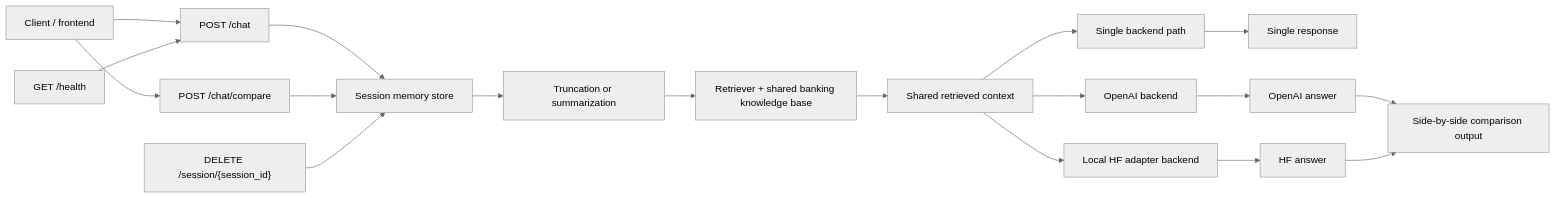
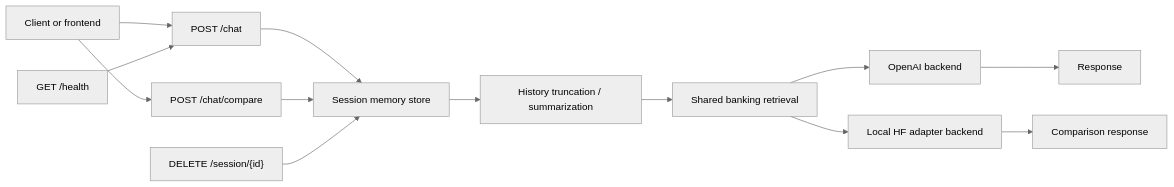
The diagram in 04-conversational-memory/README.md (rakeshmadasaniai/banking-genai-portfolio), drawn with Mermaid (neutral theme) before and after one commit. The commit also changed other lines of this file and 11 other files, not shown here.

````diff
--- a/04-conversational-memory/README.md
+++ b/04-conversational-memory/README.md
@@ -17,21 +11,15 @@
 ```mermaid
 flowchart LR
-    A["Client / frontend"] --> B["POST /chat"]
-    A --> B2["POST /chat/compare"]
-    B --> C["Session memory store"]
-    B2 --> C
-    C --> D["Truncation or summarization"]
-    D --> E["Retriever + shared banking knowledge base"]
-    E --> F["Shared retrieved context"]
-    F --> G["Single backend path"]
-    F --> H["OpenAI backend"]
-    F --> I["Local HF adapter backend"]
-    G --> J["Single response"]
-    H --> K["OpenAI answer"]
-    I --> L["HF answer"]
-    K --> M["Side-by-side comparison output"]
-    L --> M
-
-    N["DELETE /session/{session_id}"] --> C
-    O["GET /health"] --> B
+    A["Client or frontend"] --> B["POST /chat"]
+    A --> C["POST /chat/compare"]
+    B --> D["Session memory store"]
+    C --> D
+    D --> E["History truncation / summarization"]
+    E --> F["Shared banking retrieval"]
+    F --> G["OpenAI backend"]
+    F --> H["Local HF adapter backend"]
+    G --> I["Response"]
+    H --> J["Comparison response"]
+    K["DELETE /session/{id}"] --> D
+    L["GET /health"] --> B
 ```
````
